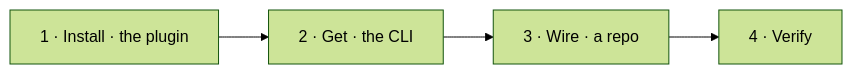
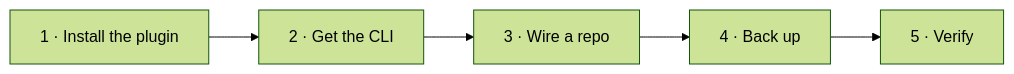
One commit to arminzou/dotbrain changed the diagram in docs/getting-started.md. Above: the diagram before and after it, drawn with Mermaid (forest theme). The commit also changed other lines of this file, not shown here.

````diff
--- a/docs/getting-started.md
+++ b/docs/getting-started.md
@@ -6,4 +6,4 @@
 ```mermaid
 flowchart LR
-  p["1 · Install · the plugin"] --> c["2 · Get · the CLI"] --> w["3 · Wire · a repo"] --> v["4 · Verify"]
+  p["1 · Install the plugin"] --> c["2 · Get the CLI"] --> w["3 · Wire a repo"] --> b["4 · Back up"] --> v["5 · Verify"]
 ```
````
